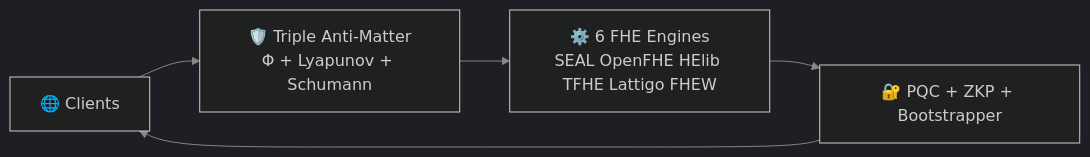
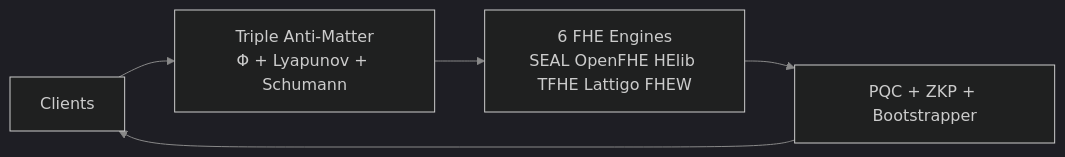
One commit to primordialomegazero/BeyondYourComprehensionFHE changed the first of 2 diagrams in README.md. Above: the diagram before and after it, drawn with Mermaid. The commit also changed other lines of this file, not shown here.

Commit message:
docs: Remove all emojis, update TPS to 10.2M actual FHE benchmark results

````diff
--- a/README.md
+++ b/README.md
@@ -34,8 +34,8 @@
 ```mermaid
 %%{init: {'theme': 'dark', 'themeVariables': {'primaryColor':'#e94560','primaryTextColor':'#000','primaryBorderColor':'#ff6b8a','lineColor':'#888','secondaryColor':'#1a1a2e','tertiaryColor':'#16213e'}}}%%
 graph LR
-    A[🌐 Clients] --> B[🛡️ Triple Anti-Matter<br/>Φ + Lyapunov + Schumann]
-    B --> C[⚙️ 6 FHE Engines<br/>SEAL OpenFHE HElib TFHE Lattigo FHEW]
-    C --> D[🔐 PQC + ZKP + Bootstrapper]
+    A[ Clients] --> B[ Triple Anti-Matter<br/>Φ + Lyapunov + Schumann]
+    B --> C[ 6 FHE Engines<br/>SEAL OpenFHE HElib TFHE Lattigo FHEW]
+    C --> D[ PQC + ZKP + Bootstrapper]
     D --> A
 ```
````
